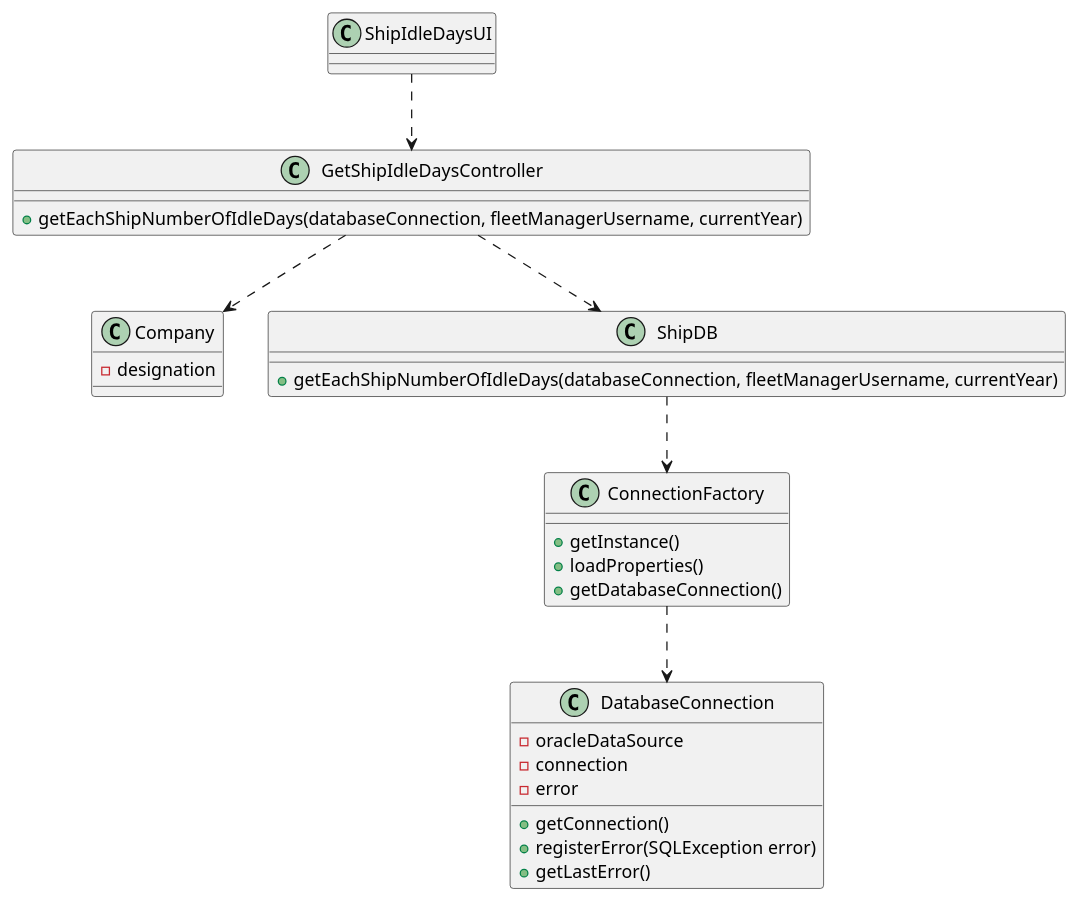
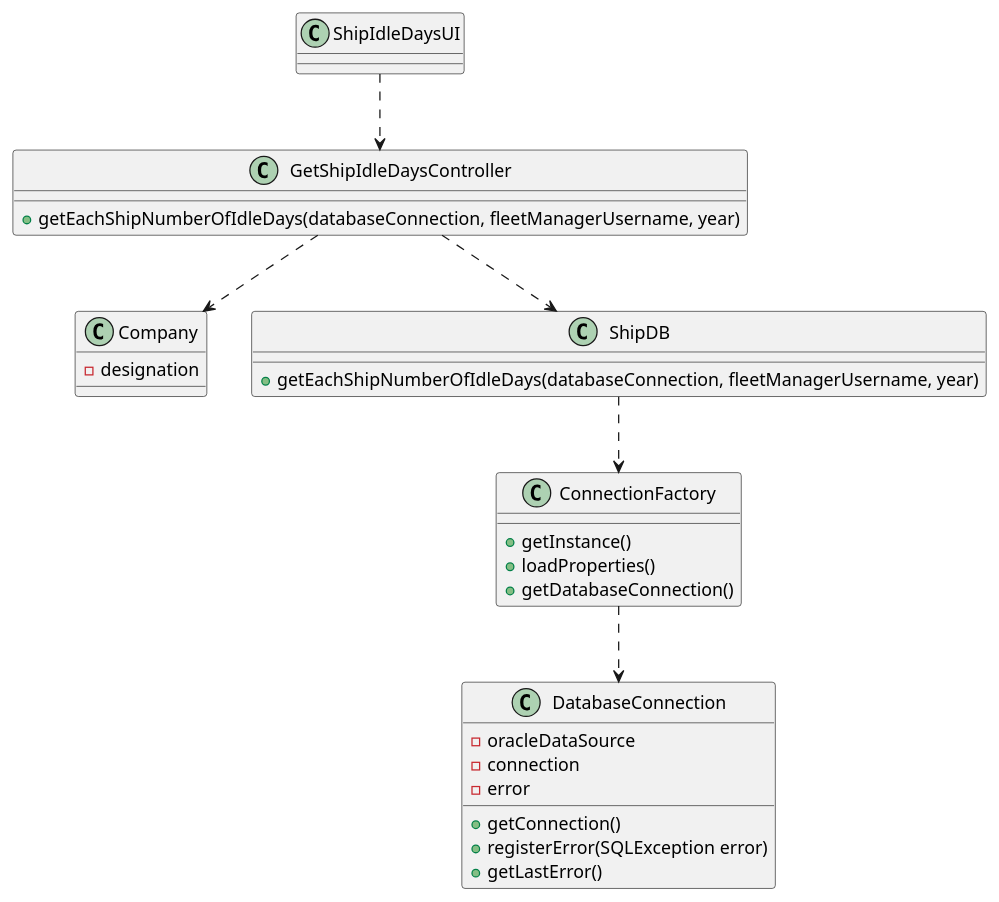
One commit to mpoboas/lapr3-2021-g102 changed the diagram in docs/Sprint4/US404/US404_CD.puml. Above: the diagram before and after it, drawn with PlantUML. The commit also changed 3 other files, not shown here.

```diff
--- a/docs/Sprint4/US404/US404_CD.puml
+++ b/docs/Sprint4/US404/US404_CD.puml
@@ -1,40 +1,40 @@
 @startuml
 'https://plantuml.com/class-diagram
 
 class Company {
 -designation
 }
 
 class ShipIdleDaysUI {
 }
 
 class GetShipIdleDaysController {
-+getEachShipNumberOfIdleDays(databaseConnection, fleetManagerUsername, currentYear)
++getEachShipNumberOfIdleDays(databaseConnection, fleetManagerUsername, year)
 }
 
 class ShipDB {
-+getEachShipNumberOfIdleDays(databaseConnection, fleetManagerUsername, currentYear)
++getEachShipNumberOfIdleDays(databaseConnection, fleetManagerUsername, year)
 }
 
 class ConnectionFactory{
 +getInstance()
 +loadProperties()
 +getDatabaseConnection()
 }
 
 class DatabaseConnection{
 -oracleDataSource
 -connection
 -error
 +getConnection()
 +registerError(SQLException error)
 +getLastError()
 }
 
 ShipIdleDaysUI ..> GetShipIdleDaysController
 GetShipIdleDaysController ..> ShipDB
 GetShipIdleDaysController ..> Company
 ShipDB ..> ConnectionFactory
 ConnectionFactory ..> DatabaseConnection
 
 @enduml
```
